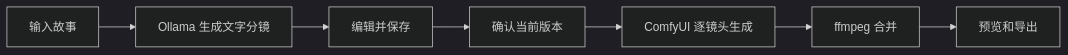
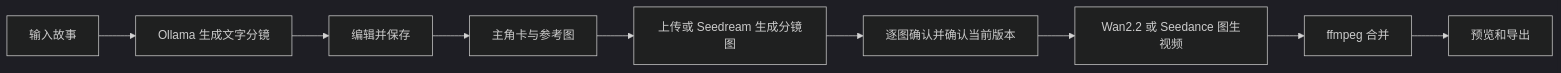
The diagram in docs/README.md (Joker311223/ollama-video), drawn with Mermaid (dark theme) before and after one commit. The commit also changed other lines of this file and 21 other files, not shown here.

````diff
--- a/docs/README.md
+++ b/docs/README.md
@@ -17,9 +18,11 @@
 ```mermaid
 flowchart LR
     A[输入故事] --> B[Ollama 生成文字分镜]
     B --> C[编辑并保存]
-    C --> D[确认当前版本]
-    D --> E[ComfyUI 逐镜头生成]
+    C --> H[主角卡与参考图]
+    H --> I[上传或 Seedream 生成分镜图]
+    I --> D[逐图确认并确认当前版本]
+    D --> E[Wan2.2 或 Seedance 图生视频]
     E --> F[ffmpeg 合并]
     F --> G[预览和导出]
 ```
````
